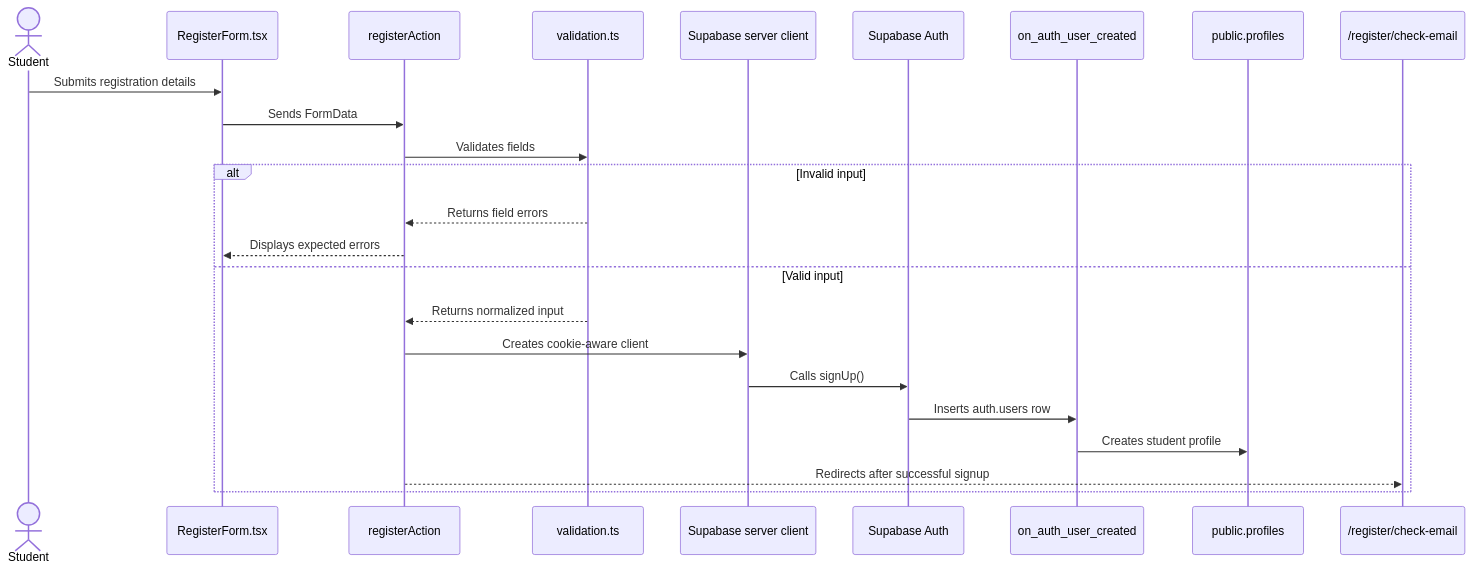
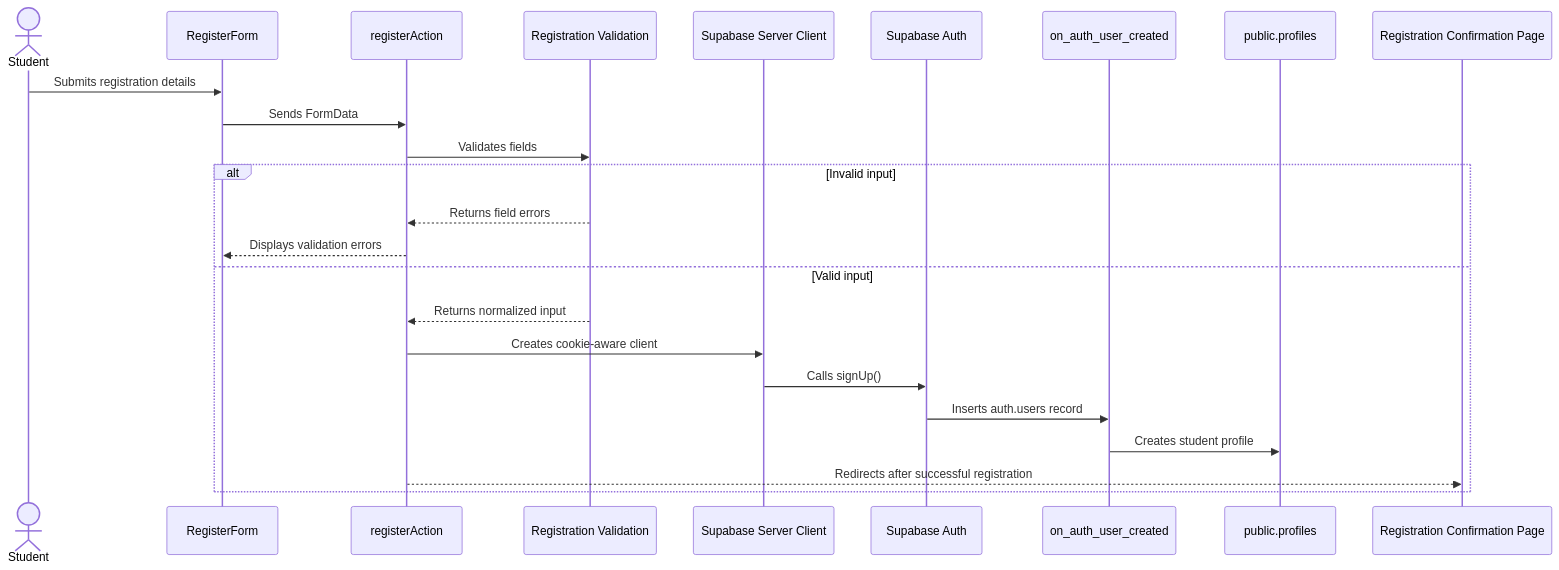
One commit to jianna-acc/stsp-capstone changed diagram 12 of 31 in docs/ARCHITECTURE.md. Above: the diagram before and after it, drawn with Mermaid. The commit also changed other lines of this file and 29 other files, not shown here.

````diff
--- a/docs/ARCHITECTURE.md
+++ b/docs/ARCHITECTURE.md
@@ -573,28 +487,28 @@
 ```mermaid
 sequenceDiagram
     actor Student
-    participant Form as RegisterForm.tsx
+    participant Form as RegisterForm
     participant Action as registerAction
-    participant Validation as validation.ts
-    participant ServerClient as Supabase server client
+    participant Validation as Registration Validation
+    participant ServerClient as Supabase Server Client
     participant Auth as Supabase Auth
     participant Trigger as on_auth_user_created
     participant Profile as public.profiles
-    participant CheckEmail as /register/check-email
+    participant CheckEmail as Registration Confirmation Page
 
     Student->>Form: Submits registration details
     Form->>Action: Sends FormData
     Action->>Validation: Validates fields
 
     alt Invalid input
         Validation-->>Action: Returns field errors
-        Action-->>Form: Displays expected errors
+        Action-->>Form: Displays validation errors
     else Valid input
         Validation-->>Action: Returns normalized input
         Action->>ServerClient: Creates cookie-aware client
         ServerClient->>Auth: Calls signUp()
-        Auth->>Trigger: Inserts auth.users row
+        Auth->>Trigger: Inserts auth.users record
         Trigger->>Profile: Creates student profile
-        Action-->>CheckEmail: Redirects after successful signup
+        Action-->>CheckEmail: Redirects after successful registration
     end
 ```
````
